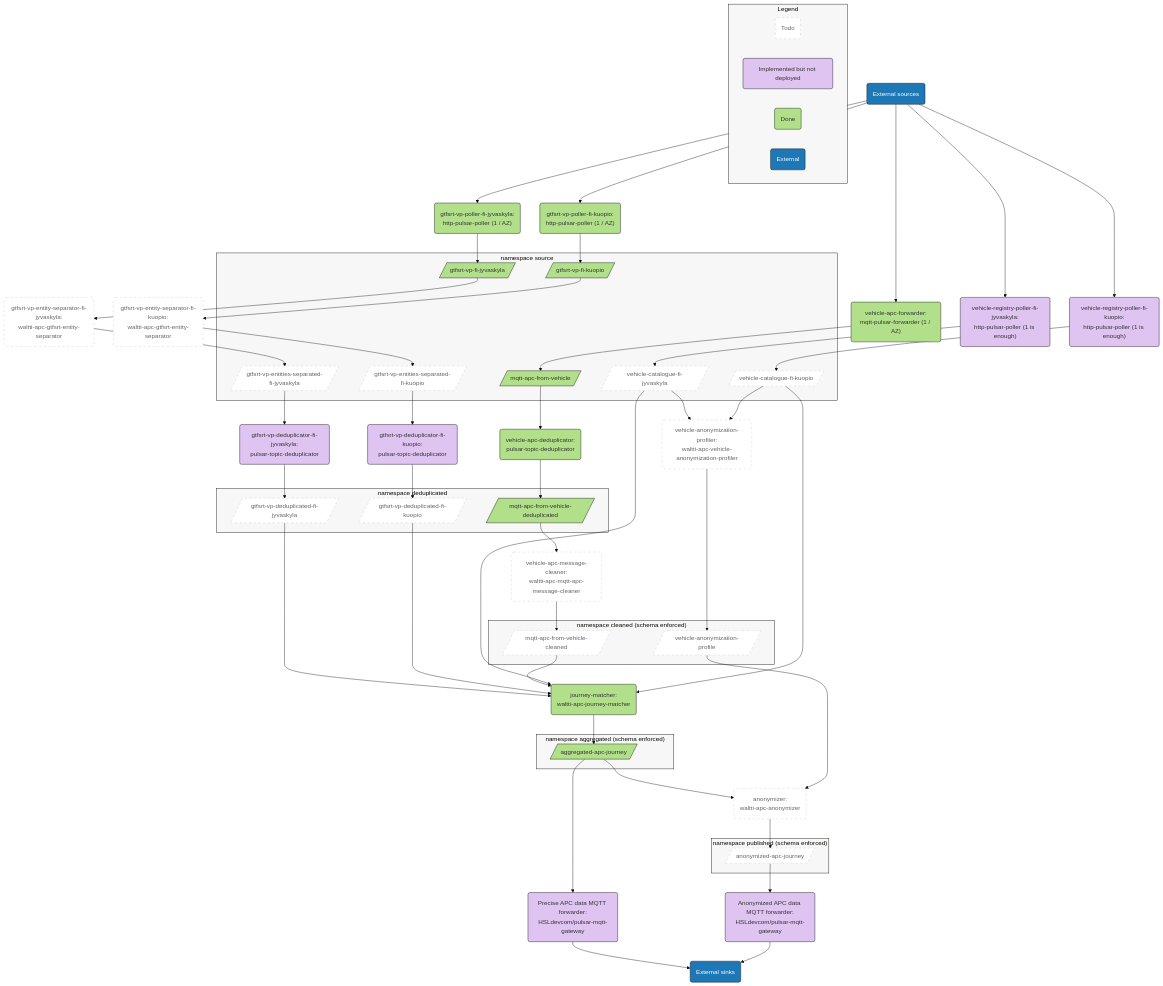
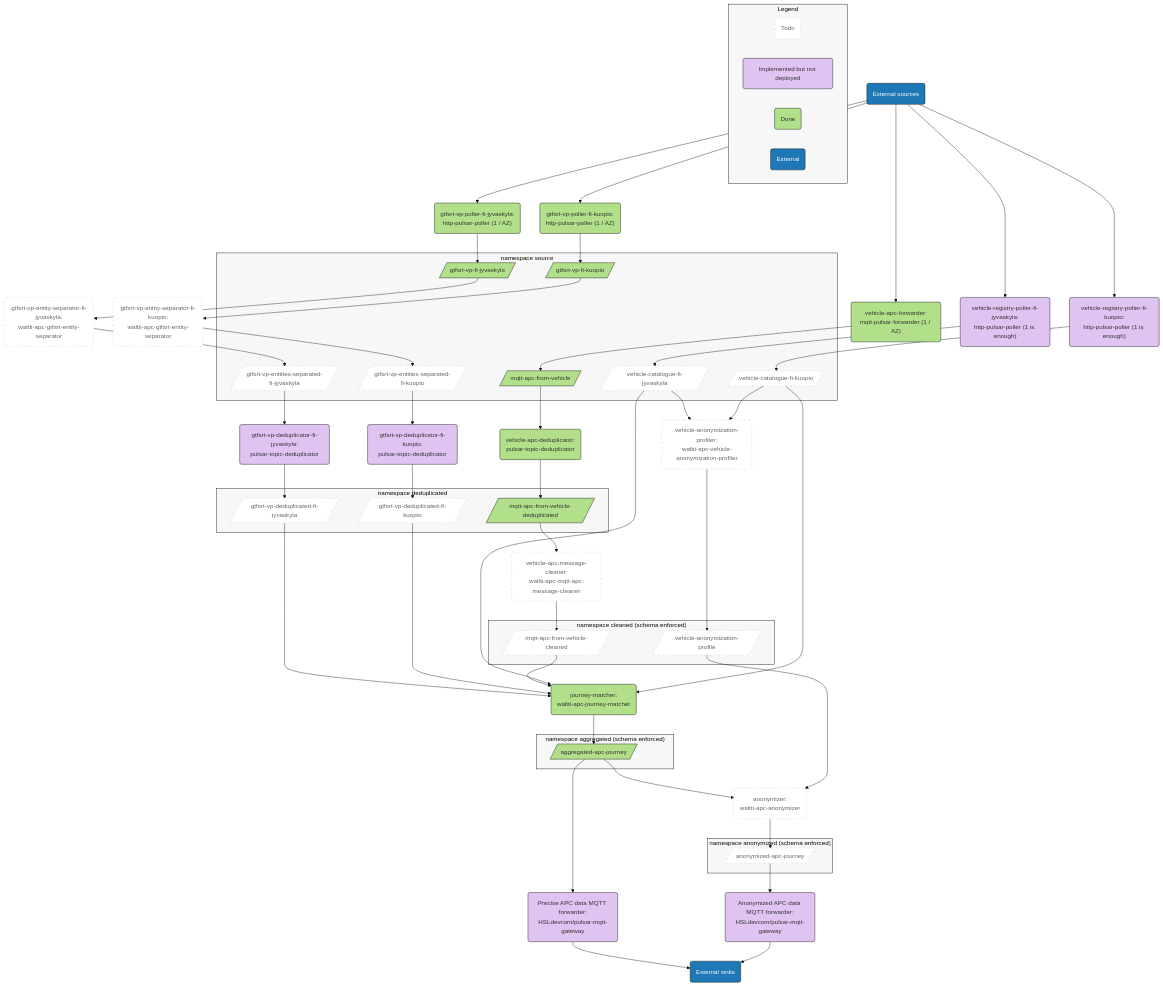
The second of 2 diagrams in README.md (tvv-lippu-ja-maksujarjestelma-oy/waltti-apc), drawn with Mermaid (base theme) before and after one commit.

Commit message:
docs: Update namespace name once more

```diff
--- a/README.md
+++ b/README.md
@@ -139,7 +139,7 @@
     gtfsrtdeduplicatedfikuopio[/"gtfsrt-vp-deduplicated-fi-kuopio"/]
     mqttdeduplicated[/"mqtt-apc-from-vehicle-deduplicated"/]
   end
-  subgraph nspublished["namespace published (schema enforced)"]
+  subgraph nsanonymized["namespace anonymized (schema enforced)"]
     anonymized[/"anonymized-apc-journey"/]
   end
   subgraph nssource["namespace source"]
@@ -211,7 +211,7 @@
   class nsaggregated env
   class nscleaned env
   class nsdeduplicated env
-  class nspublished env
+  class nsanonymized env
   class nssource env
 
   classDef external fill:#1f78b6,stroke:#000,color:#fff
```
